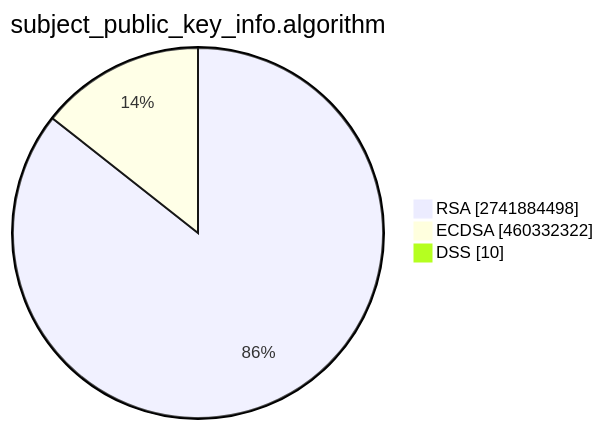
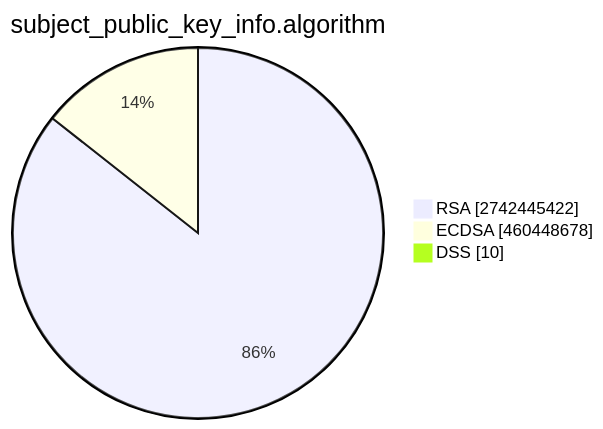
One commit to christiankrug/ctmonitor_visualization changed the second of 15 diagrams in TOTAL/README.md. Above: the diagram before and after it, drawn with Mermaid. The commit also changed other lines of this file, not shown here.

````diff
--- a/TOTAL/README.md
+++ b/TOTAL/README.md
@@ -6,7 +6,7 @@
 ```mermaid
 pie showData
 title subject_public_key_info.algorithm
-"RSA" :2741884498
-"ECDSA" :460332322
+"RSA" :2742445422
+"ECDSA" :460448678
 "DSS" :10
 ```
````
